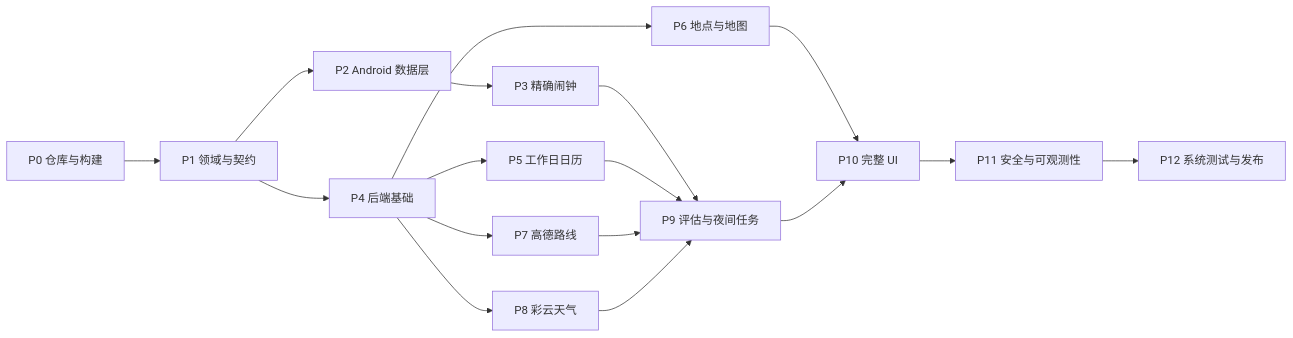
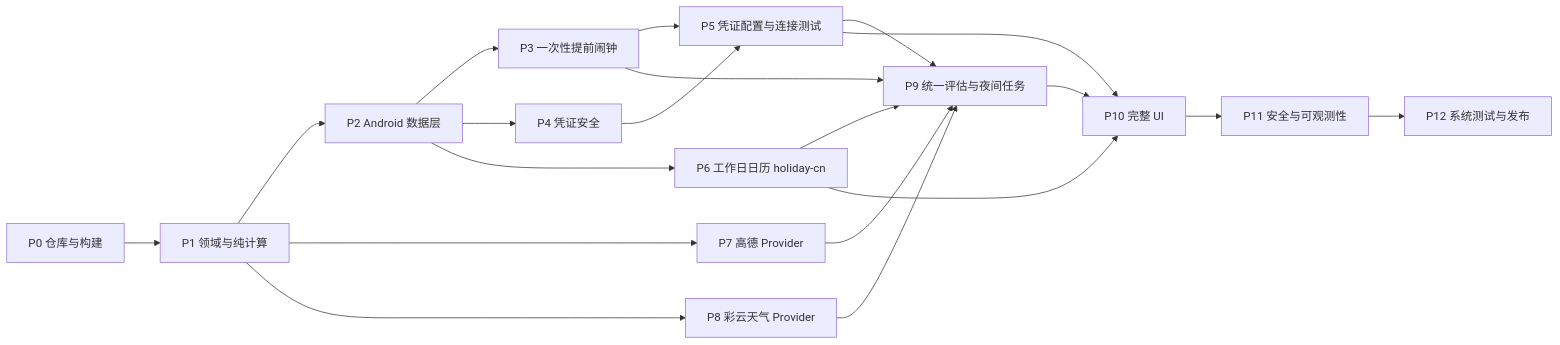
Before and after one commit to ljwzz/weather-traffic-alarm: the diagram in IMPLEMENTATION_TASKS.md, drawn with Mermaid. The commit also changed other lines of this file and 51 other files, not shown here.

First line of the commit message:
refactor: remove backend architecture, switch to pure Android local-first

````diff
--- a/IMPLEMENTATION_TASKS.md
+++ b/IMPLEMENTATION_TASKS.md
@@ -53,19 +52,22 @@
 ```mermaid
 flowchart LR
-  P0["P0 仓库与构建"] --> P1["P1 领域与契约"]
+  P0["P0 仓库与构建"] --> P1["P1 领域与纯计算"]
   P1 --> P2["P2 Android 数据层"]
-  P1 --> P4["P4 后端基础"]
-  P2 --> P3["P3 精确闹钟"]
-  P4 --> P5["P5 工作日日历"]
-  P4 --> P6["P6 地点与地图"]
-  P4 --> P7["P7 高德路线"]
-  P4 --> P8["P8 彩云天气"]
-  P3 --> P9["P9 评估与夜间任务"]
+  P2 --> P3["P3 一次性提前闹钟"]
+  P2 --> P4["P4 凭证安全"]
+  P3 --> P5["P5 凭证配置与连接测试"]
+  P4 --> P5
+  P2 --> P6["P6 工作日日历 holiday-cn"]
+  P1 --> P7["P7 高德 Provider"]
+  P1 --> P8["P8 彩云天气 Provider"]
+  P7 --> P9["P9 统一评估与夜间任务"]
+  P8 --> P9
+  P6 --> P9
   P5 --> P9
-  P7 --> P9
-  P8 --> P9
+  P3 --> P9
   P6 --> P10["P10 完整 UI"]
   P9 --> P10
+  P5 --> P10
   P10 --> P11["P11 安全与可观测性"]
   P11 --> P12["P12 系统测试与发布"]
 ```
````
